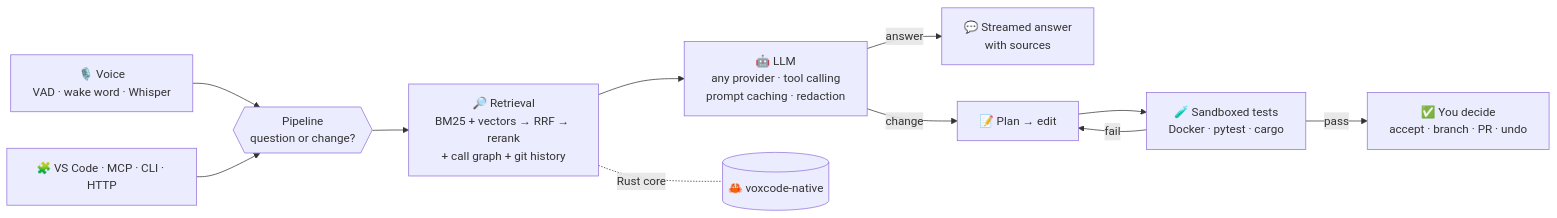
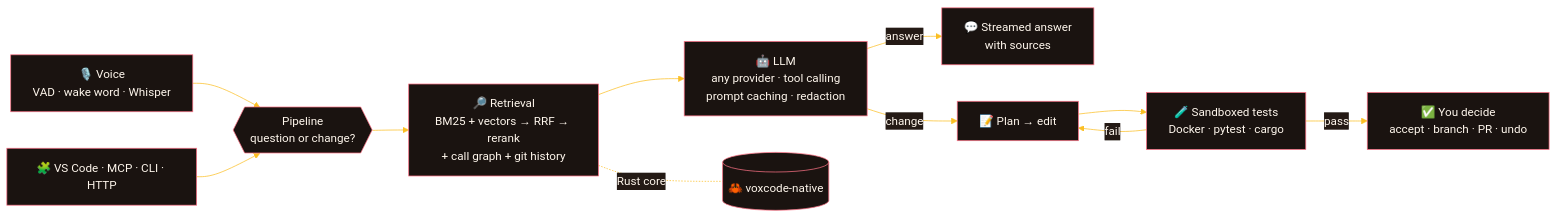
The diagram in README.md (Nitro-Builds-Yash/voxcode), drawn with Mermaid before and after one commit. The commit also changed other lines of this file and 15 other files, not shown here.

````diff
--- a/README.md
+++ b/README.md
@@ -145,12 +122,13 @@
 ```mermaid
+%%{init: {'theme':'base','themeVariables':{'fontFamily':'Space Grotesk, Inter, sans-serif','primaryColor':'#1a1310','primaryTextColor':'#fff7ed','primaryBorderColor':'#fb7185','lineColor':'#fbbf24','secondaryColor':'#241a15','tertiaryColor':'#120d0b'}}}%%
 flowchart LR
     V["🎙️ Voice<br/>VAD · wake word · Whisper"] --> P
     E["🧩 VS Code · MCP · CLI · HTTP"] --> P
     P{{"Pipeline<br/>question or change?"}} --> R
     R["🔎 Retrieval<br/>BM25 + vectors → RRF → rerank<br/>+ call graph + git history"] --> G
     G["🤖 LLM<br/>any provider · tool calling<br/>prompt caching · redaction"] -->|answer| A["💬 Streamed answer<br/>with sources"]
     G -->|change| L["📝 Plan → edit"] --> T["🧪 Sandboxed tests<br/>Docker · pytest · cargo"]
     T -->|fail| L
     T -->|pass| D["✅ You decide<br/>accept · branch · PR · undo"]
     R -. Rust core .- N[("🦀 voxcode-native")]
 ```
````
